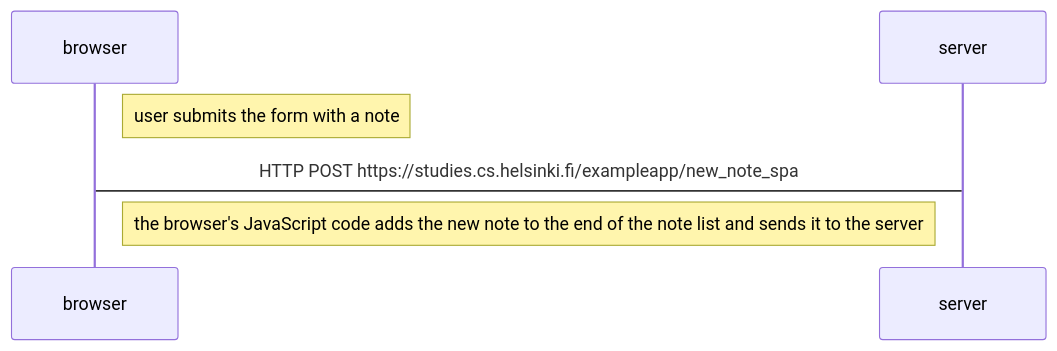
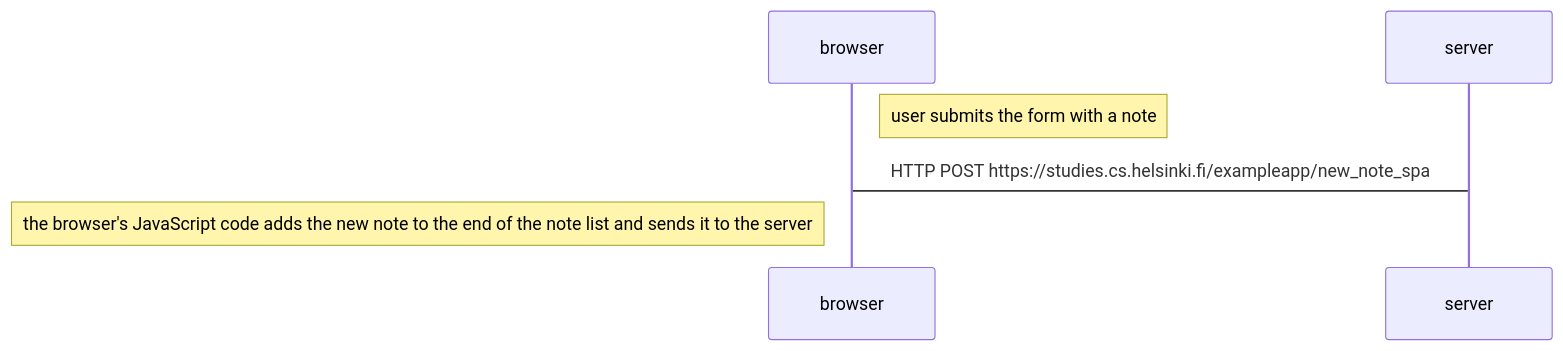
The diagram in part0/0_5.mermaid (ramichiesa/full_stack_open), drawn with Mermaid before and after one commit.

```diff
--- a/part0/0_5.mermaid
+++ b/part0/0_5.mermaid
@@ -1,8 +1,8 @@
 sequenceDiagram
   participant browser
   participant server
 
   Note right of browser: user submits the form with a note
   browser->server: HTTP POST https://studies.cs.helsinki.fi/exampleapp/new_note_spa
 
-  Note right of browser: the browser's JavaScript code adds the new note to the end of the note list and sends it to the server
+  Note left of browser: the browser's JavaScript code adds the new note to the end of the note list and sends it to the server
```
